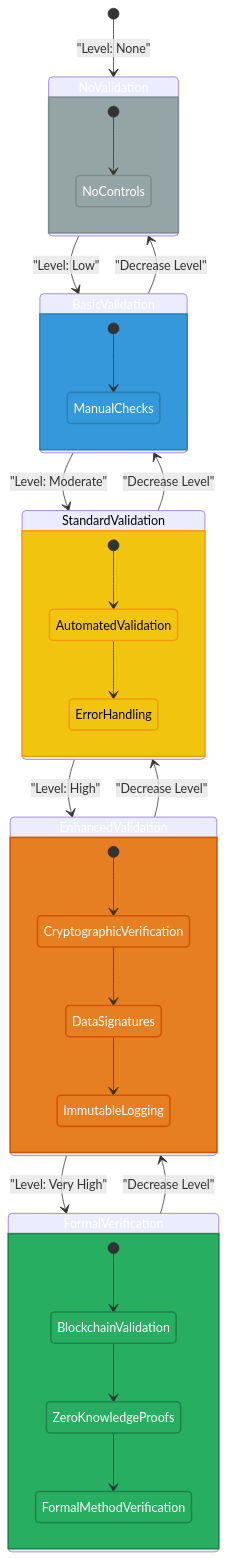
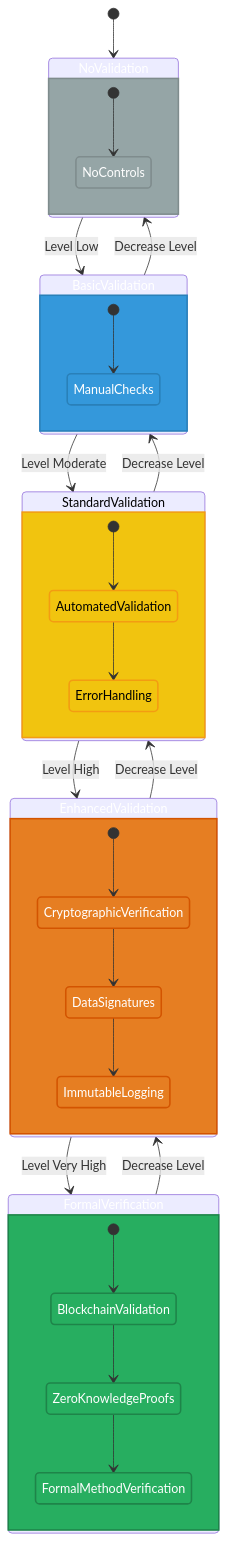
One commit to Hack23/cia-compliance-manager changed the sixth of 7 diagrams in docs/architecture/STATEDIAGRAM.md. Above: the diagram before and after it, drawn with Mermaid. The commit also changed other lines of this file, not shown here.

Commit message:
fix(docs): enhance clarity in STATEDIAGRAM.md by removing unnecessary line breaks and improving state descriptions

````diff
--- a/docs/architecture/STATEDIAGRAM.md
+++ b/docs/architecture/STATEDIAGRAM.md
@@ -259,51 +259,51 @@
 ```mermaid
 stateDiagram-v2
-    [*] --> NoValidation: "Level: None"
+    [*] --> NoValidation
     
-    NoValidation --> BasicValidation: "Level: Low"
-    BasicValidation --> StandardValidation: "Level: Moderate"
-    StandardValidation --> EnhancedValidation: "Level: High"
-    EnhancedValidation --> FormalVerification: "Level: Very High"
+    NoValidation --> BasicValidation: Level Low
+    BasicValidation --> StandardValidation: Level Moderate
+    StandardValidation --> EnhancedValidation: Level High
+    EnhancedValidation --> FormalVerification: Level Very High
     
-    FormalVerification --> EnhancedValidation: "Decrease Level"
-    EnhancedValidation --> StandardValidation: "Decrease Level"
-    StandardValidation --> BasicValidation: "Decrease Level"
-    BasicValidation --> NoValidation: "Decrease Level"
+    FormalVerification --> EnhancedValidation: Decrease Level
+    EnhancedValidation --> StandardValidation: Decrease Level
+    StandardValidation --> BasicValidation: Decrease Level
+    BasicValidation --> NoValidation: Decrease Level
     
     state NoValidation {
         [*] --> NoControls
     }
     
     state BasicValidation {
         [*] --> ManualChecks
     }
     
     state StandardValidation {
         [*] --> AutomatedValidation
         AutomatedValidation --> ErrorHandling
     }
     
     state EnhancedValidation {
         [*] --> CryptographicVerification
         CryptographicVerification --> DataSignatures
         DataSignatures --> ImmutableLogging
     }
     
     state FormalVerification {
         [*] --> BlockchainValidation
         BlockchainValidation --> ZeroKnowledgeProofs
         ZeroKnowledgeProofs --> FormalMethodVerification
     }
     
     classDef none fill:#95a5a6,stroke:#7f8c8d,stroke-width:2px,color:white
     classDef low fill:#3498db,stroke:#2980b9,stroke-width:2px,color:white
     classDef moderate fill:#f1c40f,stroke:#f39c12,stroke-width:2px,color:black
     classDef high fill:#e67e22,stroke:#d35400,stroke-width:2px,color:white
     classDef veryhigh fill:#27ae60,stroke:#1e8449,stroke-width:2px,color:white
     
     class NoValidation,NoControls none
     class BasicValidation,ManualChecks low
     class StandardValidation,AutomatedValidation,ErrorHandling moderate
     class EnhancedValidation,CryptographicVerification,DataSignatures,ImmutableLogging high
     class FormalVerification,BlockchainValidation,ZeroKnowledgeProofs,FormalMethodVerification veryhigh
 ```
````
